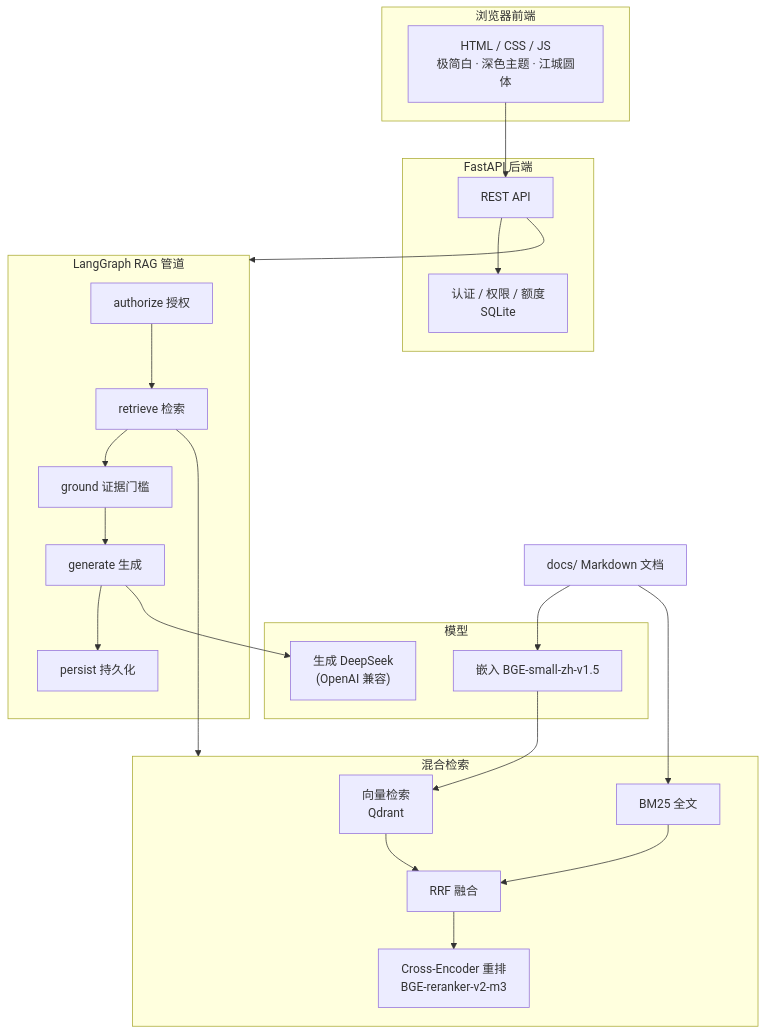
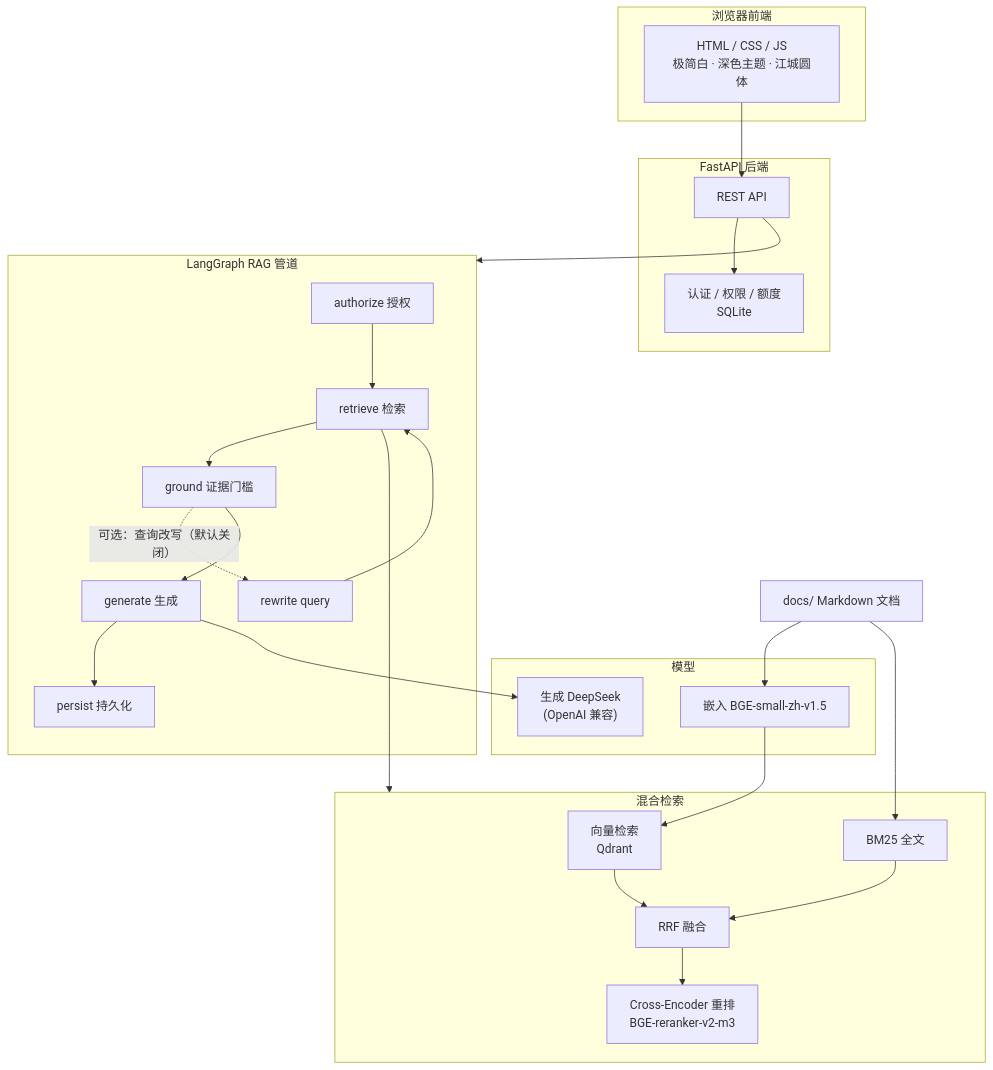
The diagram in README.md (lbql-yhl/RAG-knowledge), drawn with Mermaid before and after one commit. The commit also changed other lines of this file and 15 other files, not shown here.

Commit message:
feat: add opt-in bounded RAG query rewrite

````diff
--- a/README.md
+++ b/README.md
@@ -7,40 +7,42 @@
 ```mermaid
 graph TB
     subgraph Client["浏览器前端"]
         UI["HTML / CSS / JS<br/>极简白 · 深色主题 · 江城圆体"]
     end
 
     subgraph Server["FastAPI 后端"]
         AUTH["认证 / 权限 / 额度<br/>SQLite"]
         API["REST API"]
     end
 
     subgraph RAG["LangGraph RAG 管道"]
         P1["authorize 授权"] --> P2["retrieve 检索"]
         P2 --> P3["ground 证据门槛"]
+        P3 -.->|可选：查询改写（默认关闭）| RW["rewrite query"]
+        RW --> P2
         P3 --> P4["generate 生成"]
         P4 --> P5["persist 持久化"]
     end
 
     subgraph Retrieve["混合检索"]
         VEC["向量检索<br/>Qdrant"]
         BM["BM25 全文"]
         RRF["RRF 融合"]
         RERANK["Cross-Encoder 重排<br/>BGE-reranker-v2-m3"]
         VEC --> RRF
         BM --> RRF
         RRF --> RERANK
     end
 
     subgraph Models["模型"]
         EMB["嵌入 BGE-small-zh-v1.5"]
         LLM["生成 DeepSeek<br/>(OpenAI 兼容)"]
     end
 
     UI --> API --> AUTH
     API --> RAG
     P2 --> Retrieve
     P4 --> LLM
     DOCS["docs/ Markdown 文档"] --> EMB --> VEC
     DOCS --> BM
 ```
````
